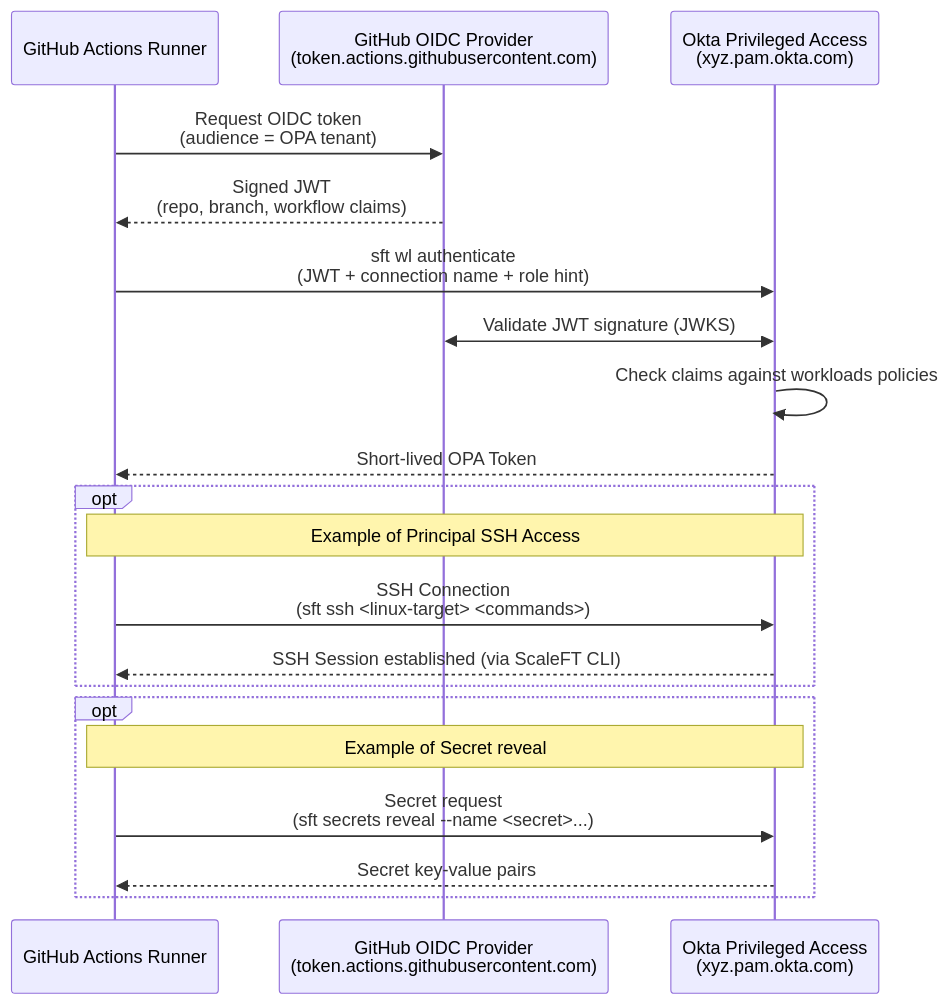
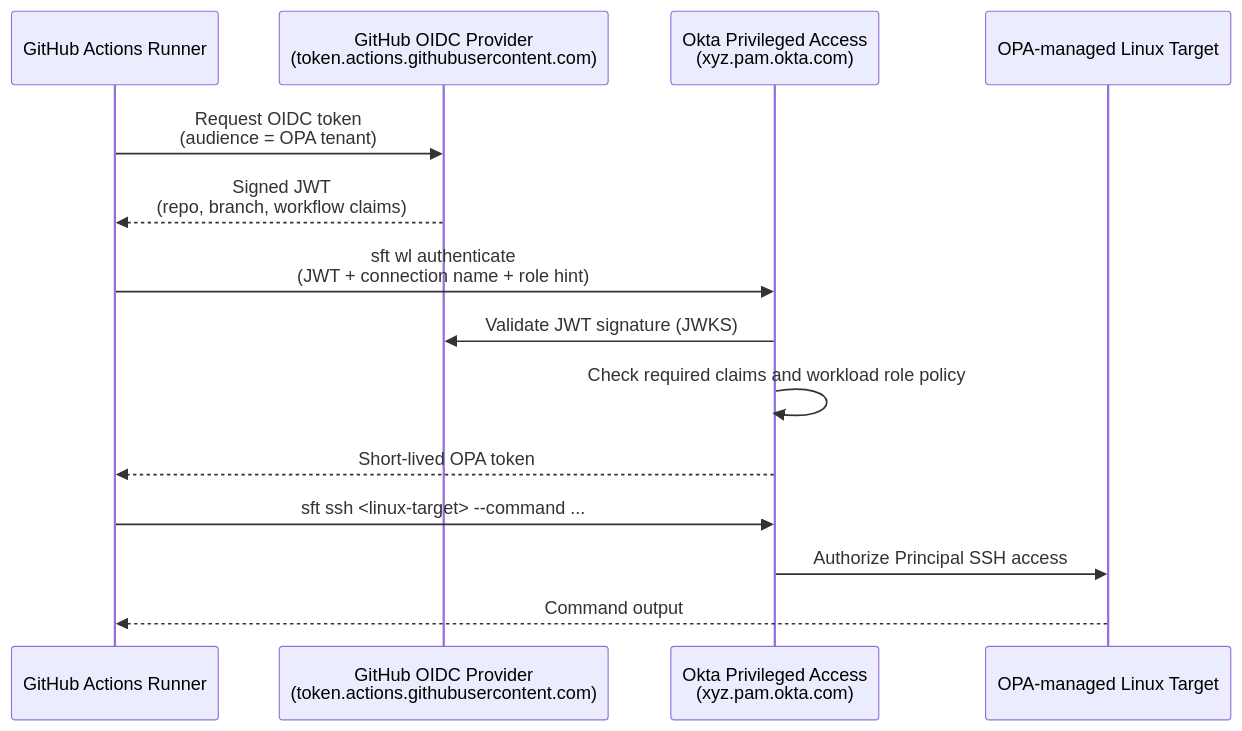
Before and after one commit to fabiograsso/okta-lab-workloads: the diagram in README.md, drawn with Mermaid. The commit also changed other lines of this file and 5 other files, not shown here.

````diff
--- a/README.md
+++ b/README.md
@@ -32,26 +32,19 @@
 ```mermaid
 sequenceDiagram
     participant GH as GitHub Actions Runner
     participant GHOIDC as GitHub OIDC Provider<br/>(token.actions.githubusercontent.com)
     participant OPA as Okta Privileged Access<br/>(xyz.pam.okta.com)
+    participant Target as OPA-managed Linux Target
 
-    GH->>GHOIDC: Request OIDC token<br>(audience = OPA tenant)
-    GHOIDC-->>GH: Signed JWT<br>(repo, branch, workflow claims)
+    GH->>GHOIDC: Request OIDC token<br/>(audience = OPA tenant)
+    GHOIDC-->>GH: Signed JWT<br/>(repo, branch, workflow claims)
 
     GH->>OPA: sft wl authenticate<br/>(JWT + connection name + role hint)
-    OPA<<->>GHOIDC: Validate JWT signature (JWKS)
-    OPA->>OPA: Check claims against workloads policies
-    OPA-->>GH: Short-lived OPA Token
-    
-    opt
-        Note over GH,OPA: Example of Principal SSH Access
-        GH->>OPA: SSH Connection<br>(sft ssh <linux-target> <commands>)
-        OPA-->>GH: SSH Session established (via ScaleFT CLI)
-    end
+    OPA->>GHOIDC: Validate JWT signature (JWKS)
+    OPA->>OPA: Check required claims and workload role policy
+    OPA-->>GH: Short-lived OPA token
 
-    opt
-        Note over GH,OPA: Example of Secret reveal
-        GH->>OPA: Secret request<br>(sft secrets reveal --name <secret>...)
-        OPA-->>GH: Secret key-value pairs
-    end
+    GH->>OPA: sft ssh <linux-target> --command ...
+    OPA->>Target: Authorize Principal SSH access
+    Target-->>GH: Command output
 ```
````
